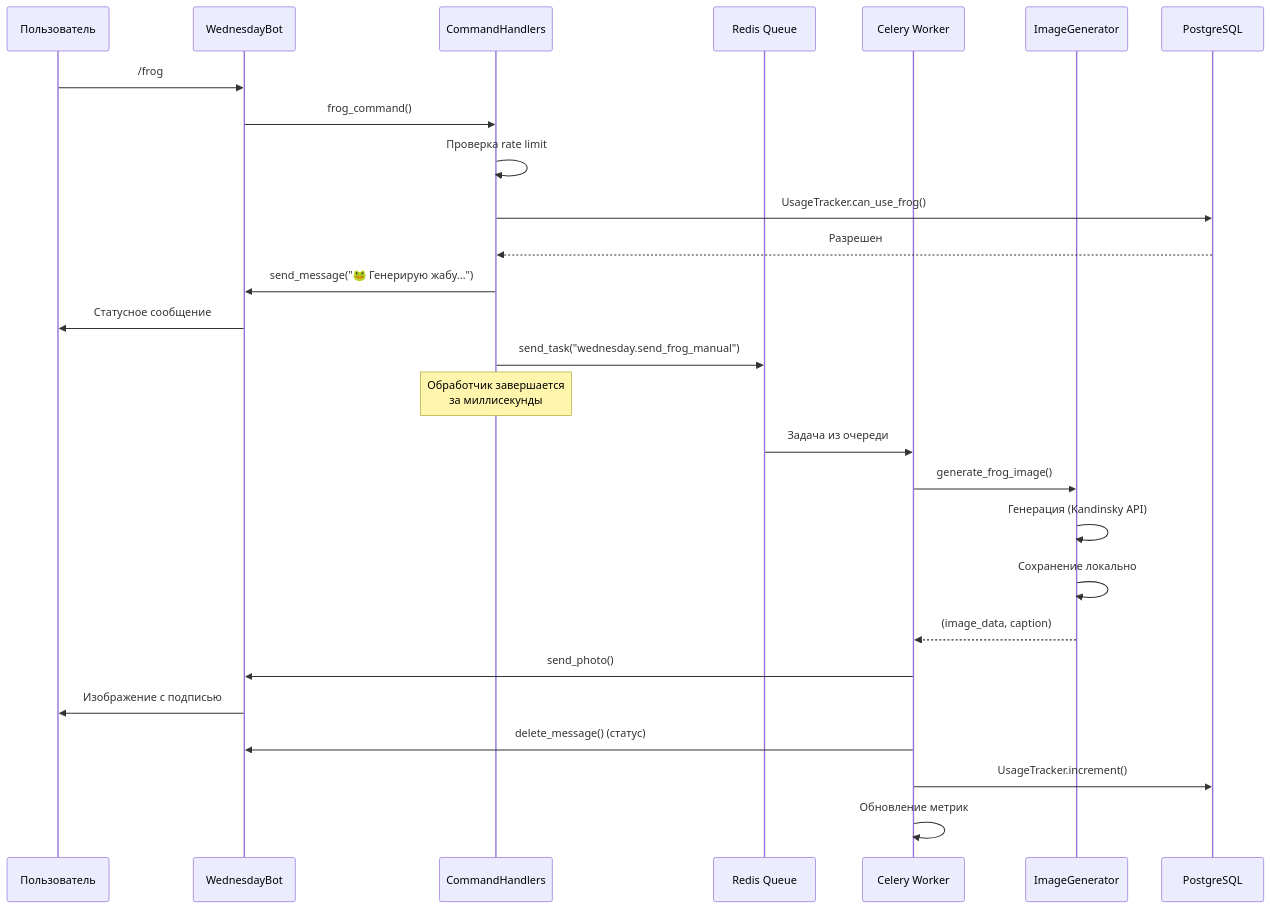
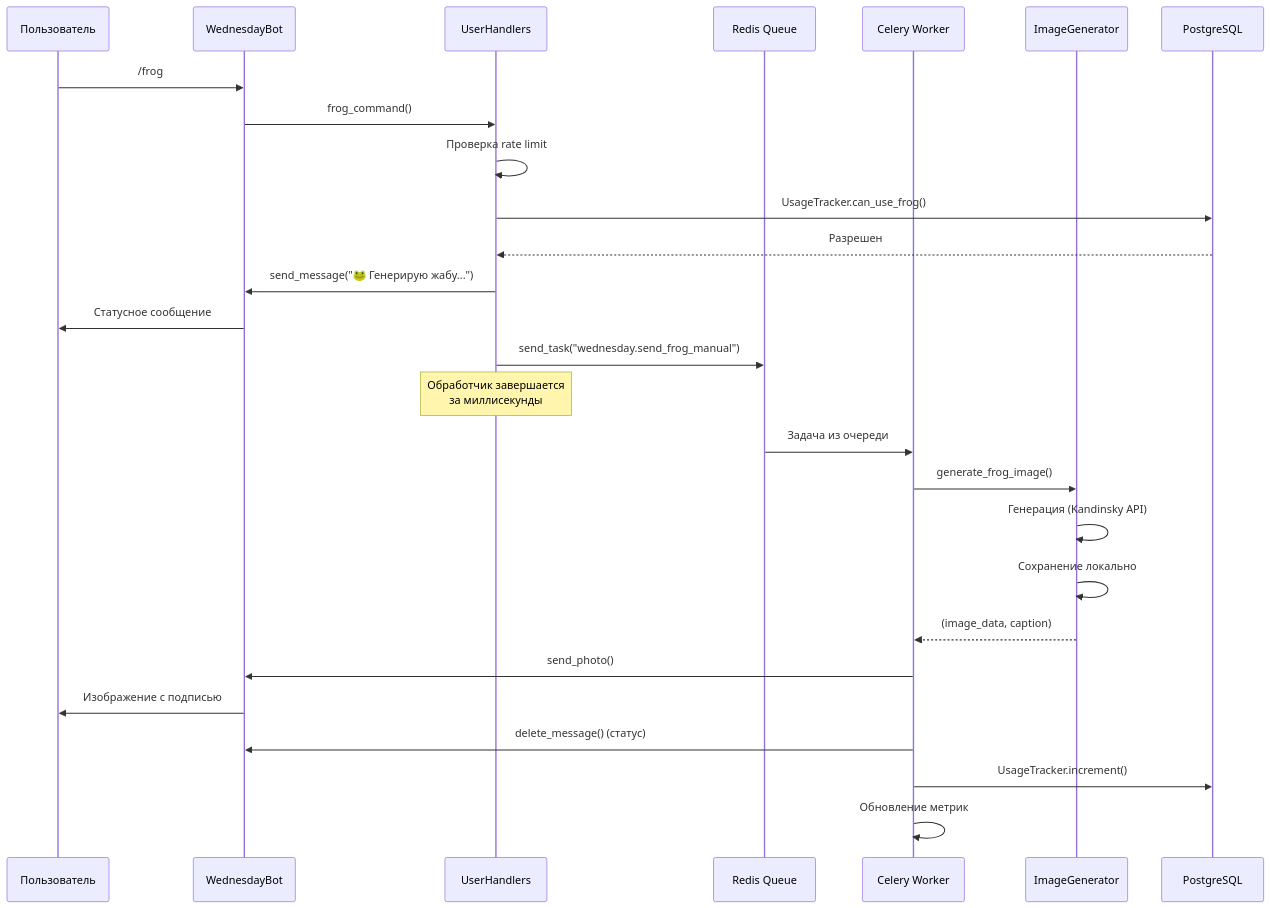
One commit to freemspwnz/wednesday changed the second of 5 diagrams in docs/ARCHITECTURE.md. Above: the diagram before and after it, drawn with Mermaid. The commit also changed other lines of this file and 1 other file, not shown here.

First line of the commit message:
docs(architecture): update architecture documentation for refactoring

````diff
--- a/docs/ARCHITECTURE.md
+++ b/docs/ARCHITECTURE.md
@@ -308,36 +390,36 @@
 ```mermaid
 sequenceDiagram
     participant User as Пользователь
     participant Bot as WednesdayBot
-    participant Handler as CommandHandlers
+    participant Handler as UserHandlers
     participant Queue as Redis Queue
     participant Worker as Celery Worker
     participant IG as ImageGenerator
     participant PG as PostgreSQL
 
     User->>Bot: /frog
     Bot->>Handler: frog_command()
 
     Handler->>Handler: Проверка rate limit
     Handler->>PG: UsageTracker.can_use_frog()
     PG-->>Handler: Разрешен
 
     Handler->>Bot: send_message("🐸 Генерирую жабу...")
     Bot->>User: Статусное сообщение
 
     Handler->>Queue: send_task("wednesday.send_frog_manual")
     Note over Handler: Обработчик завершается<br/>за миллисекунды
 
     Queue->>Worker: Задача из очереди
     Worker->>IG: generate_frog_image()
     IG->>IG: Генерация (Kandinsky API)
     IG->>IG: Сохранение локально
     IG-->>Worker: (image_data, caption)
 
     Worker->>Bot: send_photo()
     Bot->>User: Изображение с подписью
     Worker->>Bot: delete_message() (статус)
 
     Worker->>PG: UsageTracker.increment()
     Worker->>Worker: Обновление метрик
 ```
````
